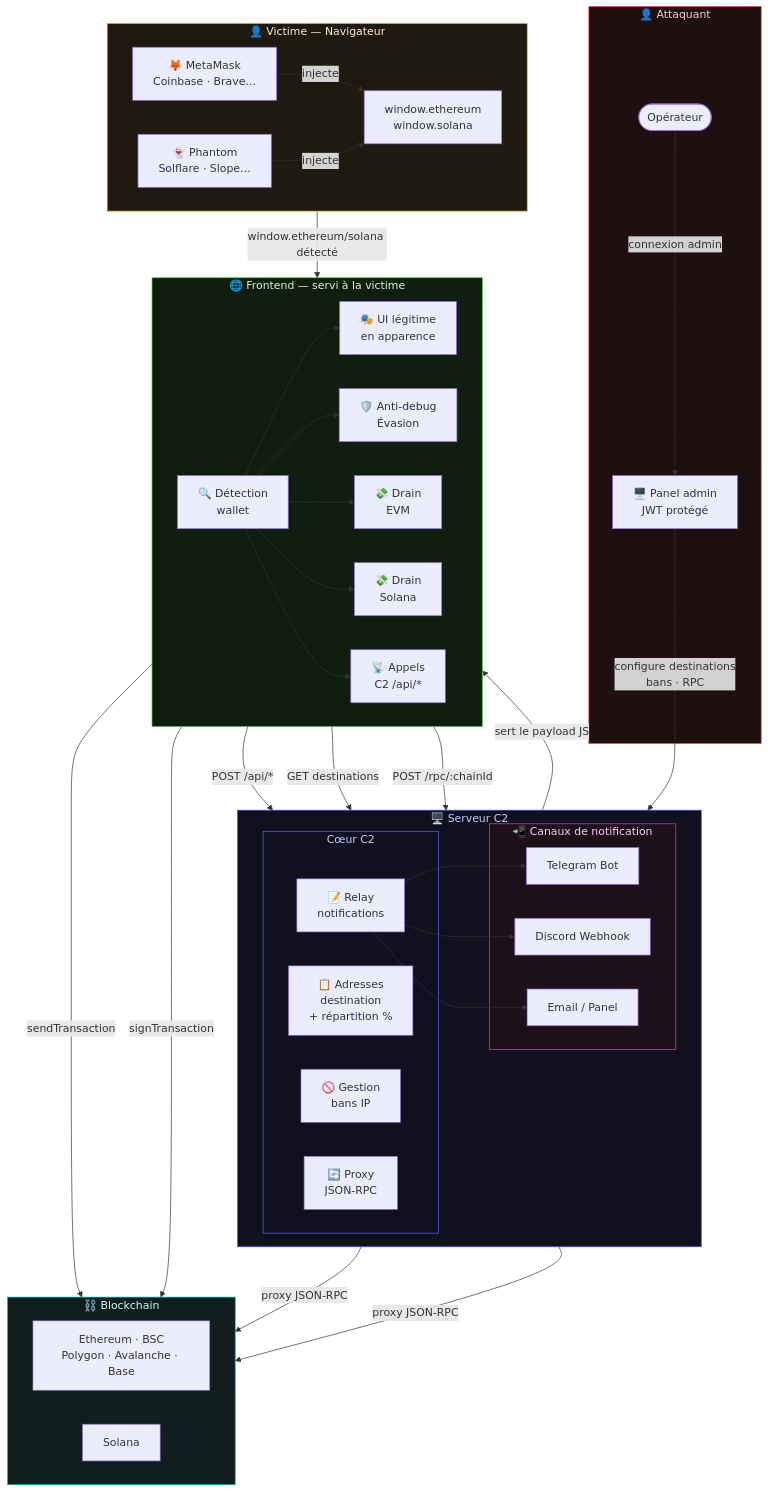
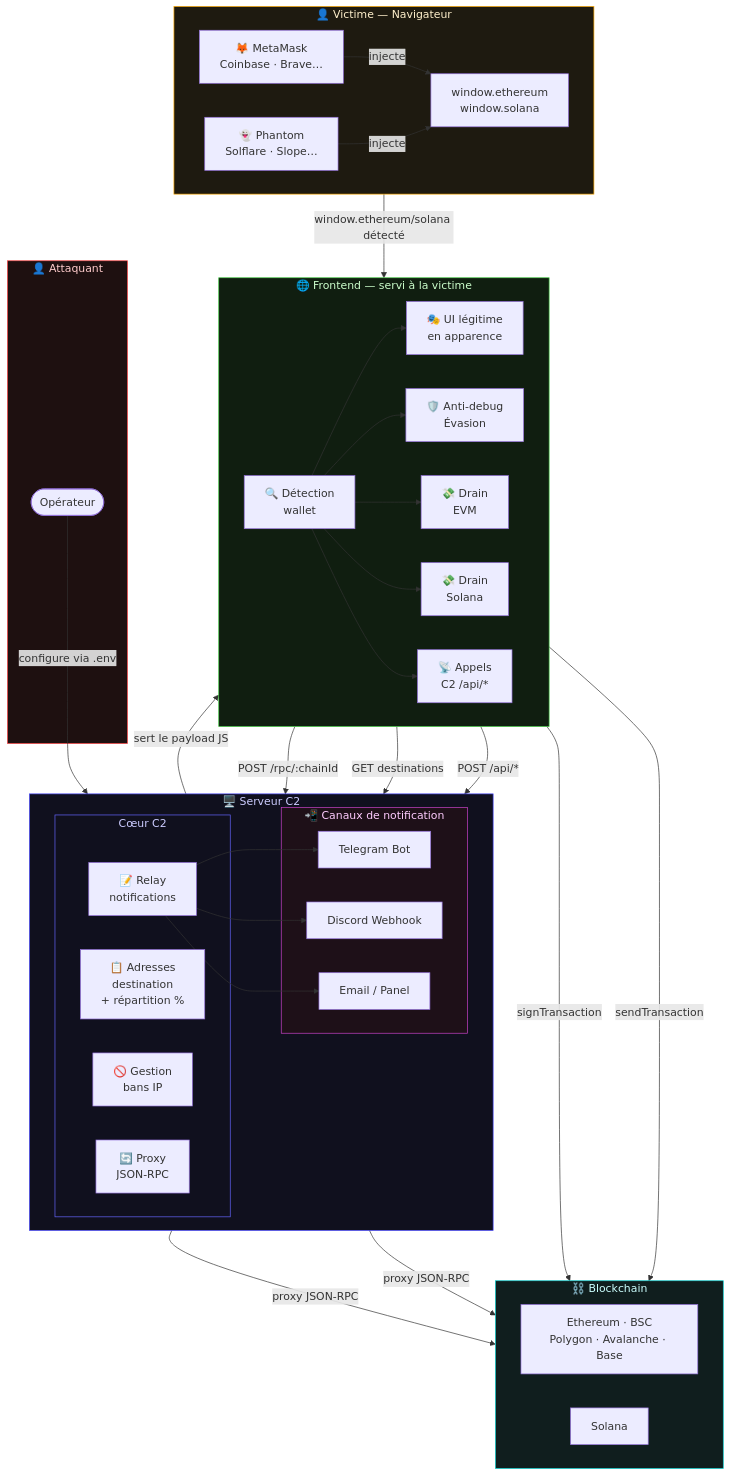
The first of 7 diagrams in README.md (Xor290/Drainer-POC), drawn with Mermaid before and after one commit. The commit also changed other lines of this file and 6 other files, not shown here.

````diff
--- a/README.md
+++ b/README.md
@@ -74,70 +80,68 @@
 ```mermaid
 flowchart TD
 
   subgraph LAYER0["👤 Attaquant"]
     ATK(["Opérateur"])
-    PANEL["🖥️ Panel admin\nJWT protégé"]
-    ATK -- "connexion admin" --> PANEL
   end
 
   subgraph LAYER1["🖥️ Serveur C2"]
     direction LR
     subgraph C2CORE["Cœur C2"]
       C2_DEST["📋 Adresses\ndestination\n+ répartition %"]
       C2_BAN["🚫 Gestion\nbans IP"]
       C2_RPC["🔄 Proxy\nJSON-RPC"]
       C2_LOG["📝 Relay\nnotifications"]
     end
     subgraph NOTIF["📲 Canaux de notification"]
       N1["Telegram Bot"]
       N2["Discord Webhook"]
       N3["Email / Panel"]
     end
     C2_LOG --> N1 & N2 & N3
   end
 
   subgraph LAYER2["🌐 Frontend — servi à la victime"]
     direction LR
     FE1["🎭 UI légitime\nen apparence"]
     FE2["🔍 Détection\nwallet"]
     FE3["🛡️ Anti-debug\nÉvasion"]
     FE4["💸 Drain\nEVM"]
     FE5["💸 Drain\nSolana"]
     FE6["📡 Appels\nC2 /api/*"]
   end
 
   subgraph LAYER3["👤 Victime — Navigateur"]
     direction LR
     W1["🦊 MetaMask\nCoinbase · Brave…"]
     W2["👻 Phantom\nSolflare · Slope…"]
     W3["window.ethereum\nwindow.solana"]
     W1 & W2 -- "injecte" --> W3
   end
 
   subgraph LAYER4["⛓️ Blockchain"]
     direction LR
     BC1["Ethereum · BSC\nPolygon · Avalanche · Base"]
     BC2["Solana"]
   end
 
   %% Flux vertical principal
-  PANEL      -- "configure destinations\nbans · RPC" --> C2CORE
+  ATK        -- "configure via .env"                 --> C2CORE
   C2CORE     -- "sert le payload JS"                 --> LAYER2
   W3         -- "window.ethereum/solana détecté"     --> FE2
   FE2        --> FE1 & FE3 & FE4 & FE5 & FE6
   FE6        -- "POST /api/*"                        --> C2_LOG
   FE6        -- "GET destinations"                   --> C2_DEST
   FE6        -- "POST /rpc/:chainId"                 --> C2_RPC
   FE4        -- "sendTransaction"                    --> BC1
   FE5        -- "signTransaction"                    --> BC2
   C2_RPC     -- "proxy JSON-RPC"                     --> BC1 & BC2
 
   %% Styles par couche
   style LAYER0 fill:#1e1010,stroke:#ff4444,color:#ffcccc
   style LAYER1 fill:#10101e,stroke:#4444ff,color:#ccccff
   style LAYER2 fill:#101e10,stroke:#44cc44,color:#ccffcc
   style LAYER3 fill:#1e1a10,stroke:#ffaa00,color:#fff0cc
   style LAYER4 fill:#101e1e,stroke:#00cccc,color:#ccffff
   style NOTIF  fill:#1e1018,stroke:#cc44cc,color:#ffccff
   style C2CORE fill:#10101e,stroke:#6666ff,color:#ccccff
 ```
````
